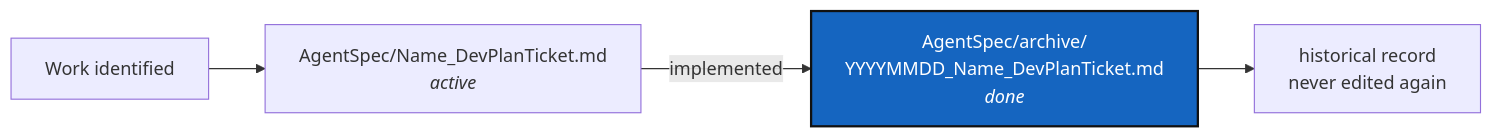
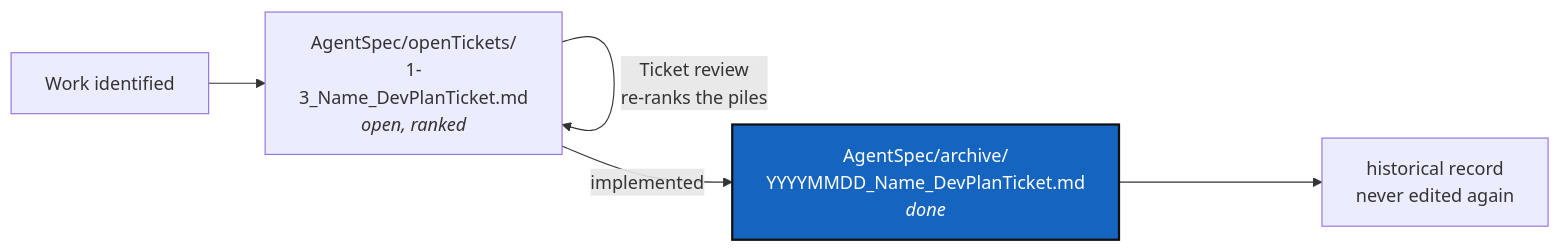
One commit to flipoyo/.agentSpec changed the diagram in TICKETLIFECYCLE.md. Above: the diagram before and after it, drawn with Mermaid. The commit also changed other lines of this file, not shown here.

Commit message:
Ticket management implemented a two level priority and a numbering for each priority by importance for the whole project. agentic processing implemented

````diff
--- a/TICKETLIFECYCLE.md
+++ b/TICKETLIFECYCLE.md
@@ -30,9 +36,10 @@
 ```mermaid
 graph LR
-    W["Work identified"] --> A["AgentSpec/Name_DevPlanTicket.md<br/><i>active</i>"]
+    W["Work identified"] --> A["AgentSpec/openTickets/<br/>1-3_Name_DevPlanTicket.md<br/><i>open, ranked</i>"]
+    A -->|"Ticket review<br/>re-ranks the piles"| A
     A -->|implemented| S["AgentSpec/archive/<br/>YYYYMMDD_Name_DevPlanTicket.md<br/><i>done</i>"]
     S --> H["historical record<br/>never edited again"]
 
     classDef here fill:#1565C0,color:#fff,stroke:#111,stroke-width:2px;
     class S here;
 ```
````
